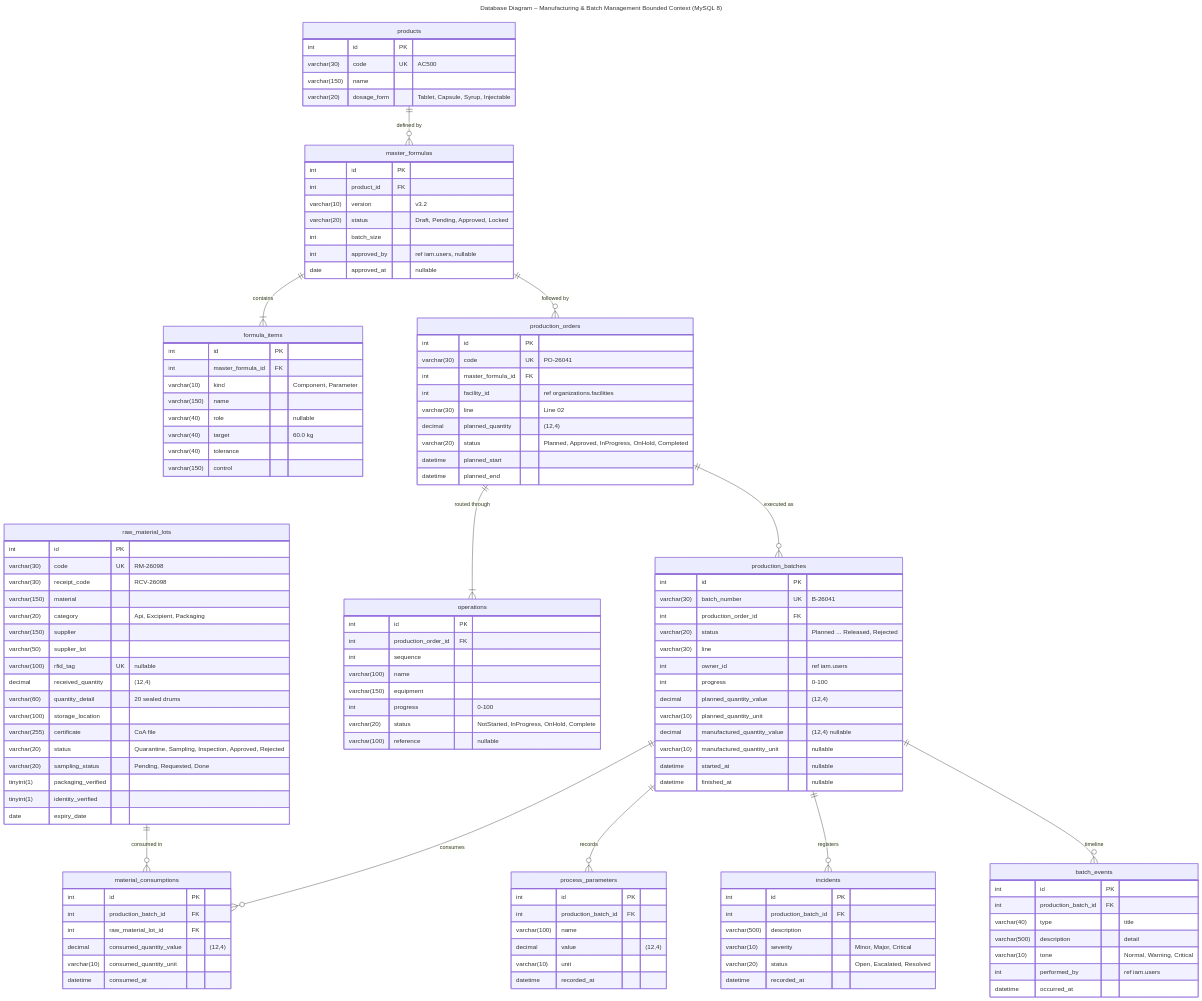
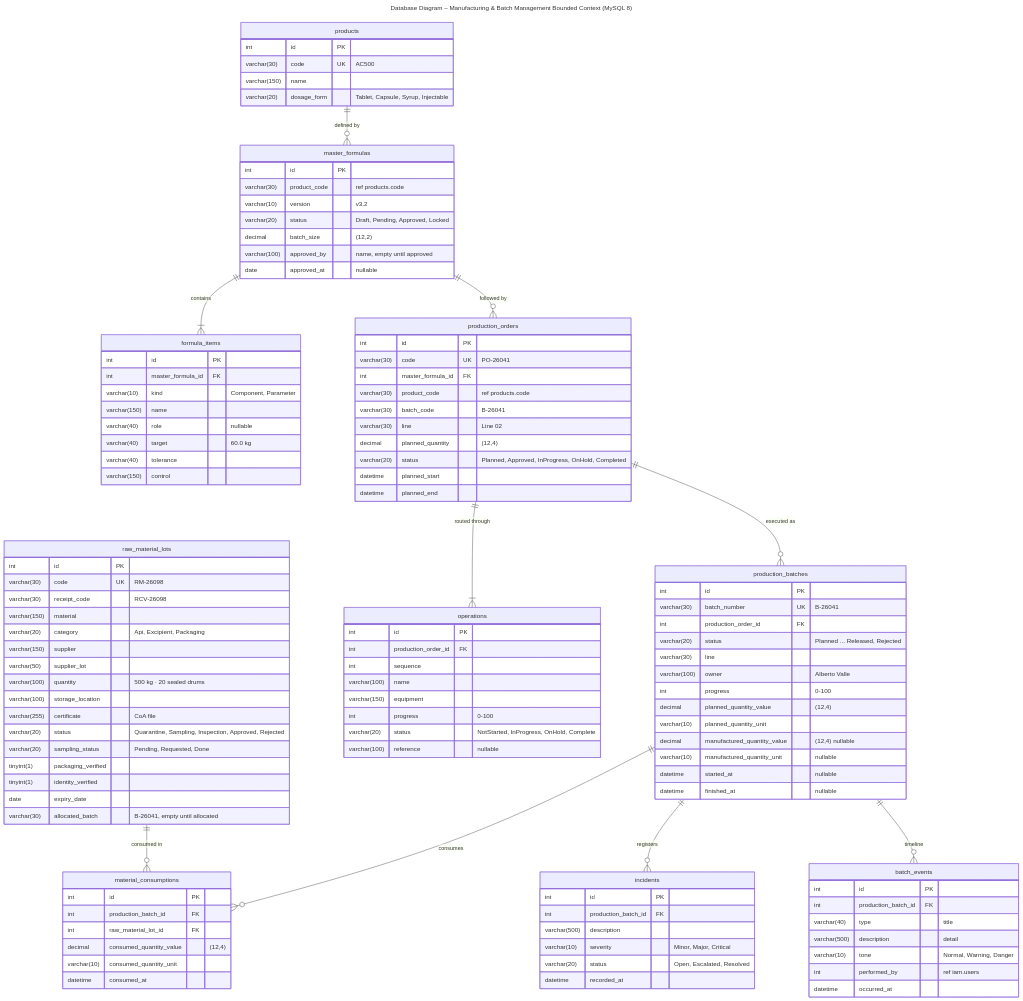
The diagram in assets/diagrams/mermaid/db-04-manufacturing.mmd (IngesCompanyCC/doofplus-report), drawn with Mermaid before and after one commit. The commit also changed 4 other files, not shown here.

Commit message:
fix(diagrams): match manufacturing with the web app and the backend

```diff
--- a/assets/diagrams/mermaid/db-04-manufacturing.mmd
+++ b/assets/diagrams/mermaid/db-04-manufacturing.mmd
@@ -1,127 +1,118 @@
 ---
 title: "Database Diagram – Manufacturing & Batch Management Bounded Context (MySQL 8)"
 ---
 erDiagram
   products {
     int id PK
     varchar(30) code UK "AC500"
     varchar(150) name
     varchar(20) dosage_form "Tablet, Capsule, Syrup, Injectable"
   }
   master_formulas {
     int id PK
-    int product_id FK
+    varchar(30) product_code "ref products.code"
     varchar(10) version "v3.2"
     varchar(20) status "Draft, Pending, Approved, Locked"
-    int batch_size
-    int approved_by "ref iam.users, nullable"
+    decimal batch_size "(12,2)"
+    varchar(100) approved_by "name, empty until approved"
     date approved_at "nullable"
   }
   formula_items {
     int id PK
     int master_formula_id FK
     varchar(10) kind "Component, Parameter"
     varchar(150) name
     varchar(40) role "nullable"
     varchar(40) target "60.0 kg"
     varchar(40) tolerance
     varchar(150) control
   }
   raw_material_lots {
     int id PK
     varchar(30) code UK "RM-26098"
     varchar(30) receipt_code "RCV-26098"
     varchar(150) material
     varchar(20) category "Api, Excipient, Packaging"
     varchar(150) supplier
     varchar(50) supplier_lot
-    varchar(100) rfid_tag UK "nullable"
-    decimal received_quantity "(12,4)"
-    varchar(60) quantity_detail "20 sealed drums"
+    varchar(100) quantity "500 kg · 20 sealed drums"
     varchar(100) storage_location
     varchar(255) certificate "CoA file"
     varchar(20) status "Quarantine, Sampling, Inspection, Approved, Rejected"
     varchar(20) sampling_status "Pending, Requested, Done"
     tinyint(1) packaging_verified
     tinyint(1) identity_verified
     date expiry_date
+    varchar(30) allocated_batch "B-26041, empty until allocated"
   }
   production_orders {
     int id PK
     varchar(30) code UK "PO-26041"
     int master_formula_id FK
-    int facility_id "ref organizations.facilities"
+    varchar(30) product_code "ref products.code"
+    varchar(30) batch_code "B-26041"
     varchar(30) line "Line 02"
     decimal planned_quantity "(12,4)"
     varchar(20) status "Planned, Approved, InProgress, OnHold, Completed"
     datetime planned_start
     datetime planned_end
   }
   operations {
     int id PK
     int production_order_id FK
     int sequence
     varchar(100) name
     varchar(150) equipment
     int progress "0-100"
     varchar(20) status "NotStarted, InProgress, OnHold, Complete"
     varchar(100) reference "nullable"
   }
   production_batches {
     int id PK
     varchar(30) batch_number UK "B-26041"
     int production_order_id FK
     varchar(20) status "Planned ... Released, Rejected"
     varchar(30) line
-    int owner_id "ref iam.users"
+    varchar(100) owner "Alberto Valle"
     int progress "0-100"
     decimal planned_quantity_value "(12,4)"
     varchar(10) planned_quantity_unit
     decimal manufactured_quantity_value "(12,4) nullable"
     varchar(10) manufactured_quantity_unit "nullable"
     datetime started_at "nullable"
     datetime finished_at "nullable"
   }
   material_consumptions {
     int id PK
     int production_batch_id FK
     int raw_material_lot_id FK
     decimal consumed_quantity_value "(12,4)"
     varchar(10) consumed_quantity_unit
     datetime consumed_at
   }
-  process_parameters {
-    int id PK
-    int production_batch_id FK
-    varchar(100) name
-    decimal value "(12,4)"
-    varchar(10) unit
-    datetime recorded_at
-  }
   incidents {
     int id PK
     int production_batch_id FK
     varchar(500) description
     varchar(10) severity "Minor, Major, Critical"
     varchar(20) status "Open, Escalated, Resolved"
     datetime recorded_at
   }
   batch_events {
     int id PK
     int production_batch_id FK
     varchar(40) type "title"
     varchar(500) description "detail"
-    varchar(10) tone "Normal, Warning, Critical"
+    varchar(10) tone "Normal, Warning, Danger"
     int performed_by "ref iam.users"
     datetime occurred_at
   }
   products ||--o{ master_formulas : "defined by"
   master_formulas ||--|{ formula_items : "contains"
   master_formulas ||--o{ production_orders : "followed by"
   production_orders ||--|{ operations : "routed through"
   production_orders ||--o{ production_batches : "executed as"
   production_batches ||--o{ material_consumptions : "consumes"
   raw_material_lots ||--o{ material_consumptions : "consumed in"
-  production_batches ||--o{ process_parameters : "records"
   production_batches ||--o{ incidents : "registers"
   production_batches ||--o{ batch_events : "timeline"
```
